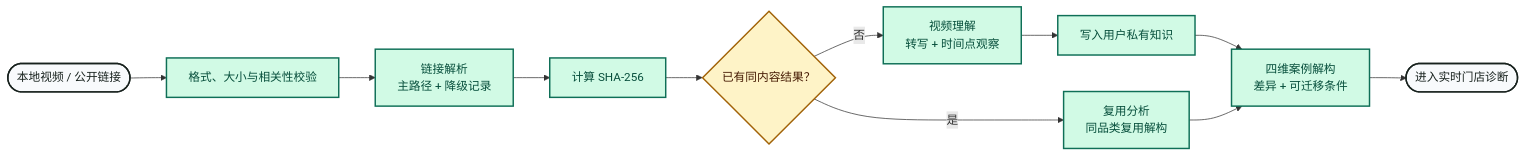
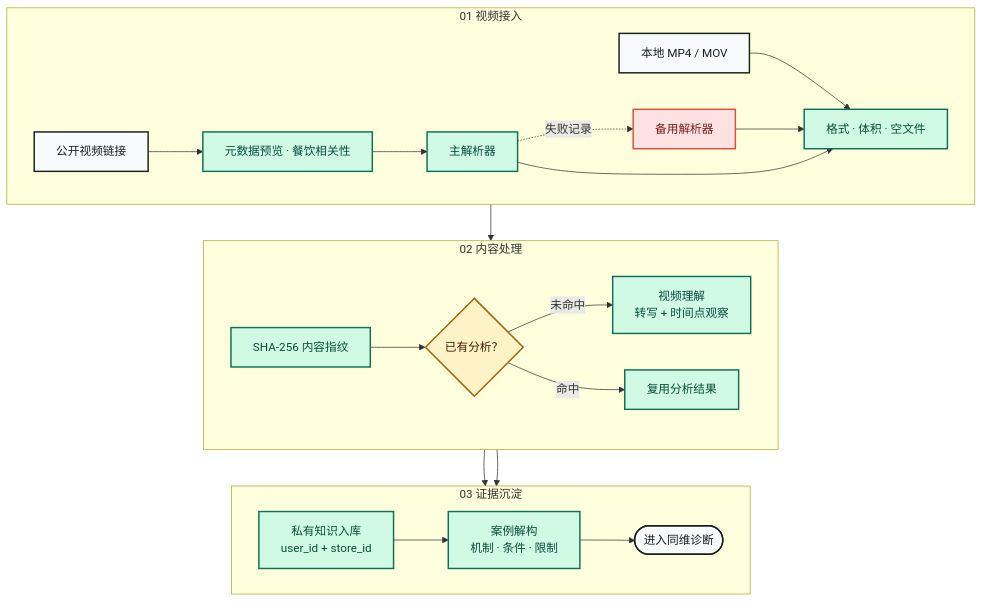
One commit to Leizhidong-creator/AI-Restaurant-Startup-Video-Guidance changed the third of 6 diagrams in README.md. Above: the diagram before and after it, drawn with Mermaid. The commit also changed other lines of this file and 2 other files, not shown here.

Commit message:
docs: refine README visuals and technical flows

````diff
--- a/README.md
+++ b/README.md
@@ -125,25 +141,41 @@
 ```mermaid
-flowchart LR
+flowchart TB
     accTitle: 视频与知识处理流水线
-    accDescr: 本地上传或公开链接经过校验、解析、内容哈希和视频理解后，形成带时间点的私有知识与结构化案例，并可按内容复用已有结果
+    accDescr: 视频沿一条自上而下的主链完成接入、理解、入库和案例解构；链接降级与缓存命中作为侧路，不穿越主流程
 
-    input(["本地视频 / 公开链接"]) --> validate["格式、大小与相关性校验"]
-    validate --> resolve["链接解析<br/>主路径 + 降级记录"]
-    resolve --> hash["计算 SHA-256"]
-    hash --> cache{"已有同内容结果？"}
-    cache -->|是| reuse["复用分析<br/>同品类复用解构"]
-    cache -->|否| understand["视频理解<br/>转写 + 时间点观察"]
-    understand --> private_kb["写入用户私有知识"]
-    private_kb --> deconstruct["四维案例解构<br/>差异 + 可迁移条件"]
-    reuse --> deconstruct
-    deconstruct --> diagnosis(["进入实时门店诊断"])
+    subgraph intake ["01 视频接入"]
+        direction LR
+        local_video["本地 MP4 / MOV"] --> validate["格式 · 体积 · 空文件"]
+        public_url["公开视频链接"] --> preview["元数据预览 · 餐饮相关性"]
+        preview --> resolver["主解析器"]
+        resolver -.失败记录.-> fallback["备用解析器"]
+        fallback --> validate
+        resolver --> validate
+    end
 
-    classDef input_style fill:#f8fafc,stroke:#17211d,stroke-width:2px,color:#17211d
-    classDef process fill:#d1fae5,stroke:#0f6f57,stroke-width:2px,color:#064e3b
+    subgraph processing ["02 内容处理"]
+        direction LR
+        validate --> content_hash["SHA-256 内容指纹"]
+        content_hash --> cache_gate{"已有分析？"}
+        cache_gate -->|未命中| video_ai["视频理解<br/>转写 + 时间点观察"]
+        cache_gate -->|命中| cache_reuse["复用分析结果"]
+    end
+
+    subgraph knowledge ["03 证据沉淀"]
+        direction LR
+        video_ai --> private_store["私有知识入库<br/>user_id + store_id"]
+        cache_reuse --> private_store
+        private_store --> case_model["案例解构<br/>机制 · 条件 · 限制"]
+        case_model --> diagnosis_entry(["进入同维诊断"])
+    end
+
+    classDef source fill:#f8fafc,stroke:#17211d,stroke-width:2px,color:#17211d
+    classDef process_style fill:#d1fae5,stroke:#0f6f57,stroke-width:2px,color:#064e3b
     classDef decision fill:#fef3c7,stroke:#a16207,stroke-width:2px,color:#451a03
-    classDef output fill:#fee2e2,stroke:#df4f3f,stroke-width:2px,color:#7f1d1d
+    classDef exception fill:#fee2e2,stroke:#df4f3f,stroke-width:2px,color:#7f1d1d
 
-    class input,diagnosis input_style
-    class validate,resolve,hash,reuse,understand,private_kb,deconstruct process
-    class cache decision
+    class local_video,public_url,diagnosis_entry source
+    class validate,preview,resolver,content_hash,video_ai,cache_reuse,private_store,case_model process_style
+    class cache_gate decision
+    class fallback exception
 ```
````
